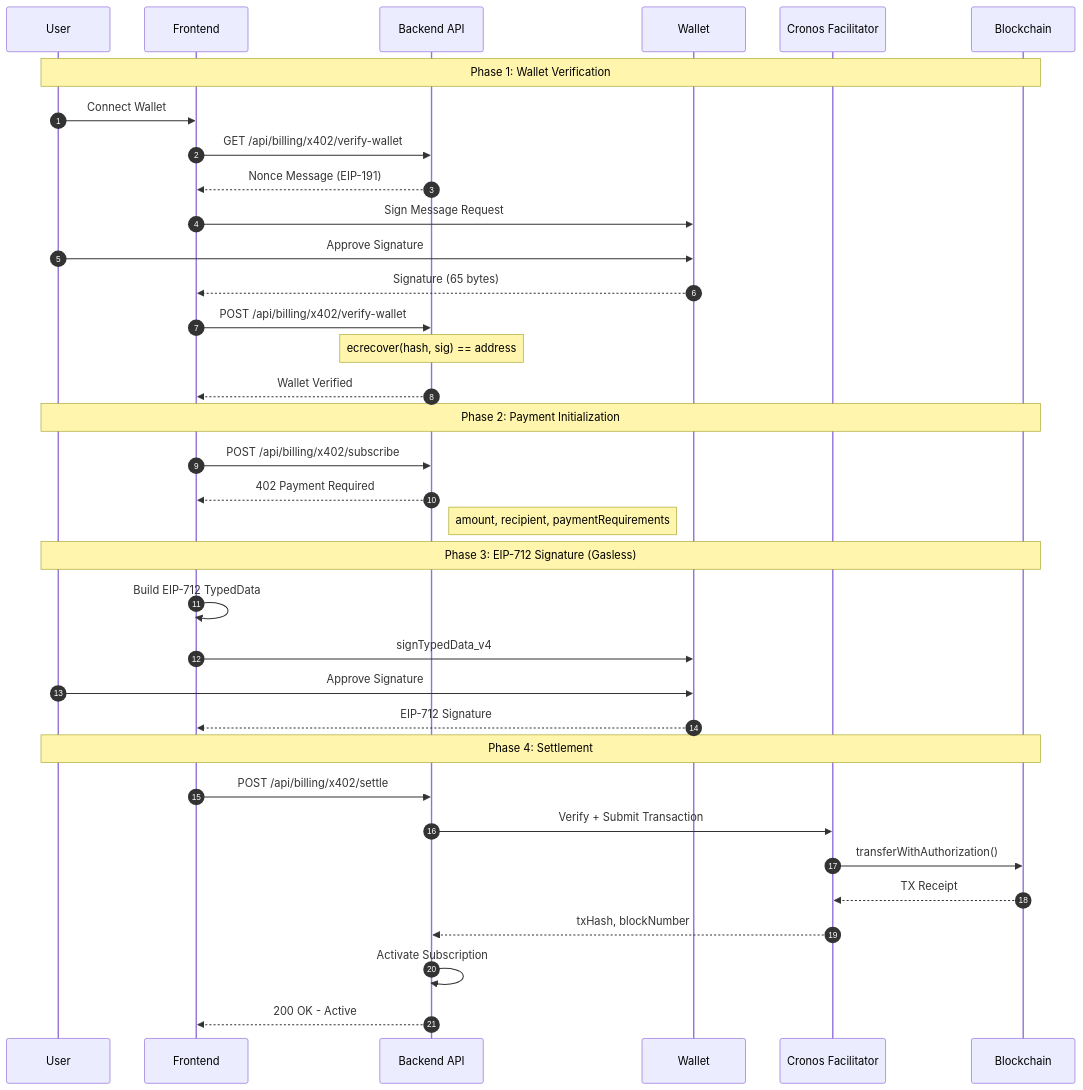
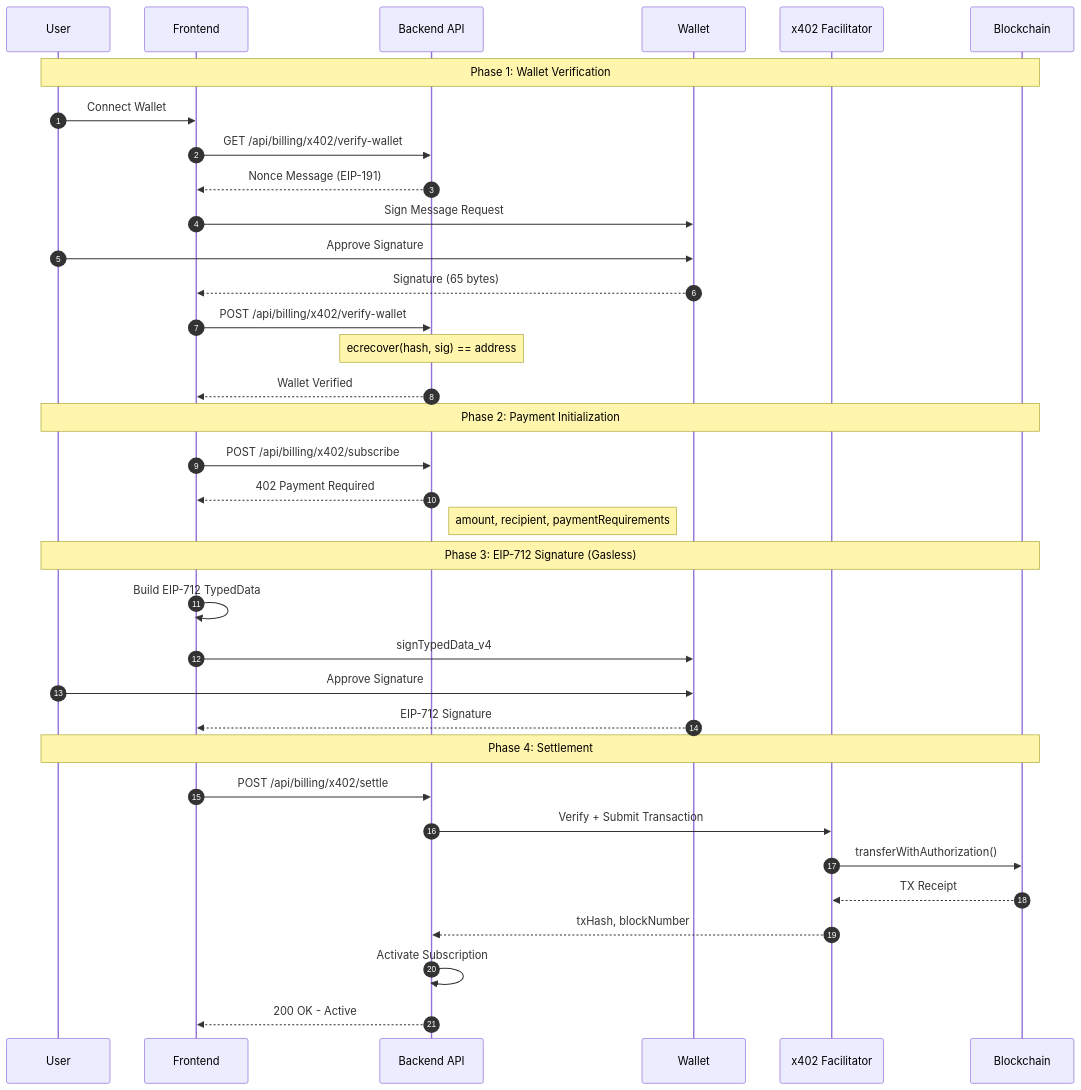
The fifth of 9 diagrams in docs/WHITEPAPER.md (sirath-network/barzakh-ai), drawn with Mermaid before and after one commit. The commit also changed other lines of this file and 30 other files, not shown here.

````diff
--- a/docs/WHITEPAPER.md
+++ b/docs/WHITEPAPER.md
@@ -597,44 +597,44 @@
 ```mermaid
 sequenceDiagram
     autonumber
     participant User as User
     participant Frontend as Frontend
     participant API as Backend API
     participant Wallet as Wallet
-    participant Facilitator as Cronos Facilitator
+    participant Facilitator as x402 Facilitator
     participant Chain as Blockchain
 
     Note over User,Chain: Phase 1: Wallet Verification
     User->>Frontend: Connect Wallet
     Frontend->>API: GET /api/billing/x402/verify-wallet
     API-->>Frontend: Nonce Message (EIP-191)
     
     Frontend->>Wallet: Sign Message Request
     User->>Wallet: Approve Signature
     Wallet-->>Frontend: Signature (65 bytes)
     
     Frontend->>API: POST /api/billing/x402/verify-wallet
     Note over API: ecrecover(hash, sig) == address
     API-->>Frontend: Wallet Verified
 
     Note over User,Chain: Phase 2: Payment Initialization
     Frontend->>API: POST /api/billing/x402/subscribe
     API-->>Frontend: 402 Payment Required
     Note right of API: amount, recipient, paymentRequirements
 
     Note over User,Chain: Phase 3: EIP-712 Signature (Gasless)
     Frontend->>Frontend: Build EIP-712 TypedData
     Frontend->>Wallet: signTypedData_v4
     User->>Wallet: Approve Signature
     Wallet-->>Frontend: EIP-712 Signature
 
     Note over User,Chain: Phase 4: Settlement
     Frontend->>API: POST /api/billing/x402/settle
     API->>Facilitator: Verify + Submit Transaction
     Facilitator->>Chain: transferWithAuthorization()
     Chain-->>Facilitator: TX Receipt
     Facilitator-->>API: txHash, blockNumber
     
     API->>API: Activate Subscription
     API-->>Frontend: 200 OK - Active
 ```
````
